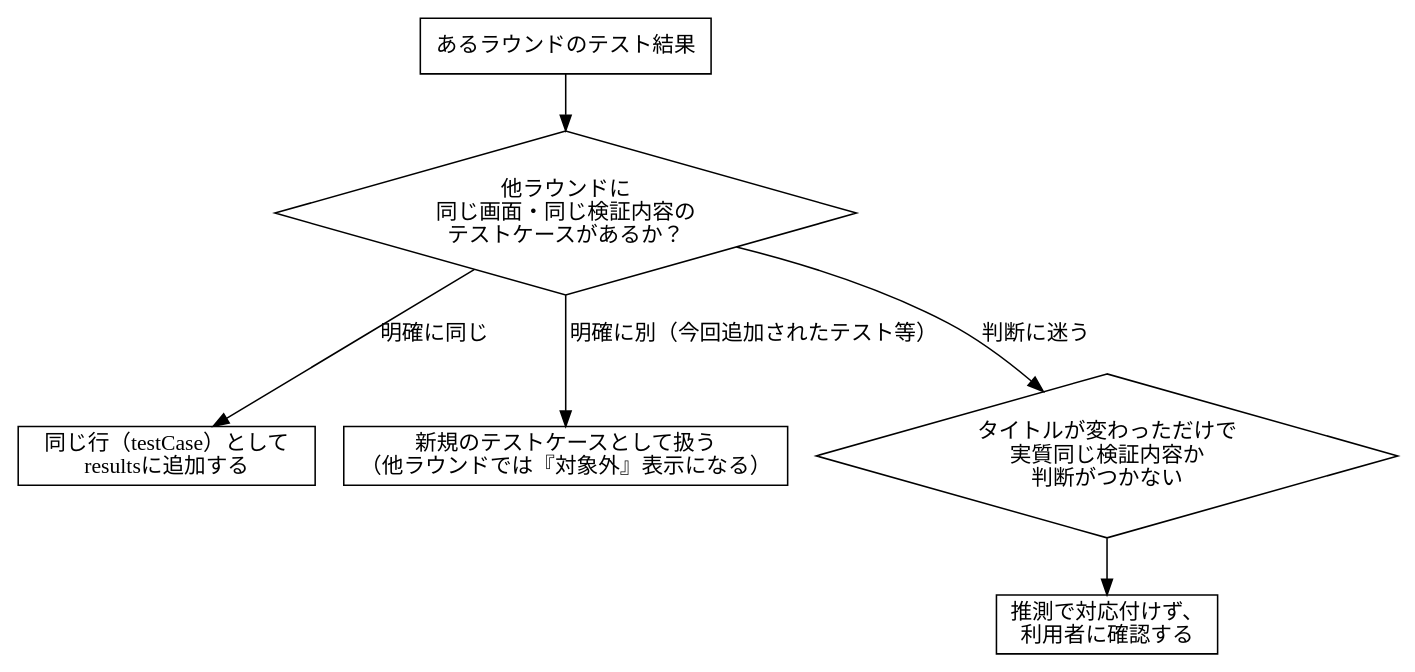
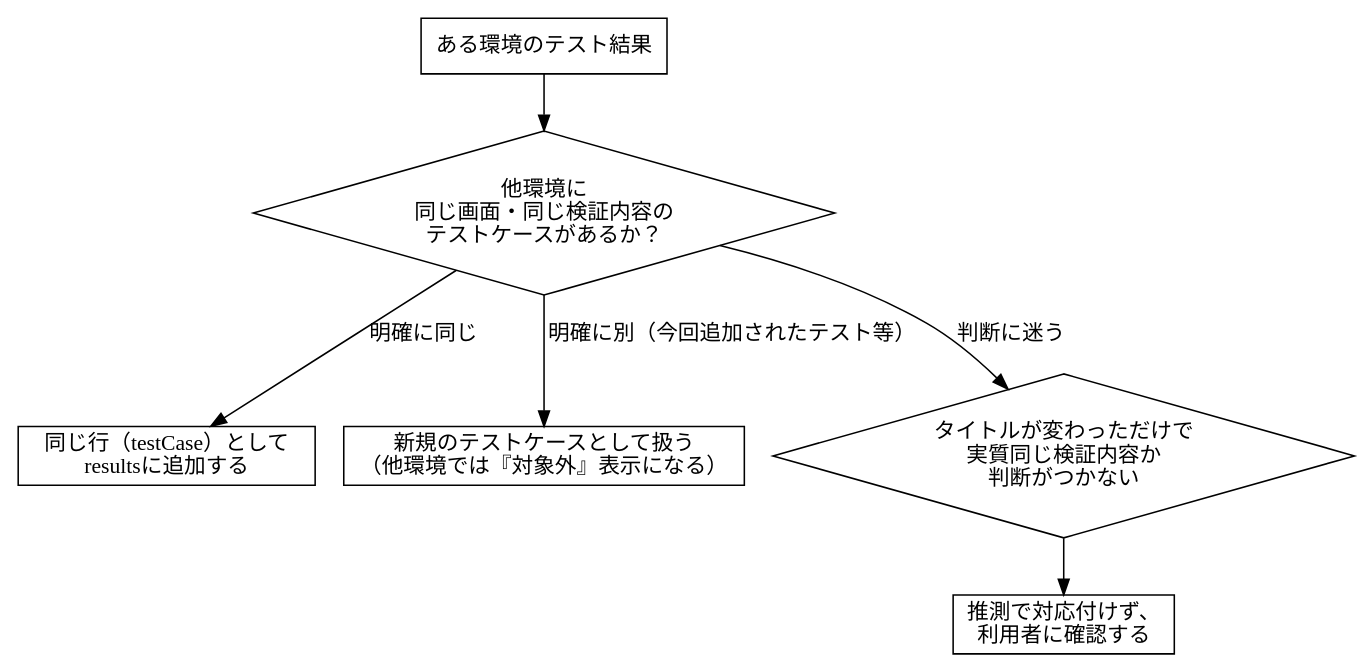
One commit to roonawa/skills changed the diagram in comparing-evidence-rounds/SKILL.md. Above: the diagram before and after it, drawn with Graphviz. The commit also changed other lines of this file and 1 other file, not shown here.

````diff
--- a/comparing-evidence-rounds/SKILL.md
+++ b/comparing-evidence-rounds/SKILL.md
@@ -129,16 +125,16 @@
 ```dot
 digraph matching {
-    entry [label="あるラウンドのテスト結果", shape=box];
-    sameTitle [label="他ラウンドに\n同じ画面・同じ検証内容の\nテストケースがあるか？", shape=diamond];
+    entry [label="ある環境のテスト結果", shape=box];
+    sameTitle [label="他環境に\n同じ画面・同じ検証内容の\nテストケースがあるか？", shape=diamond];
     align [label="同じ行（testCase）として\nresultsに追加する", shape=box];
-    newCase [label="新規のテストケースとして扱う\n（他ラウンドでは『対象外』表示になる）", shape=box];
+    newCase [label="新規のテストケースとして扱う\n（他環境では『対象外』表示になる）", shape=box];
     unclear [label="タイトルが変わっただけで\n実質同じ検証内容か\n判断がつかない", shape=diamond];
     ask [label="推測で対応付けず、\n利用者に確認する", shape=box];
 
     entry -> sameTitle;
     sameTitle -> align [label="明確に同じ"];
     sameTitle -> unclear [label="判断に迷う"];
     sameTitle -> newCase [label="明確に別（今回追加されたテスト等）"];
     unclear -> ask;
 }
 ```
````
